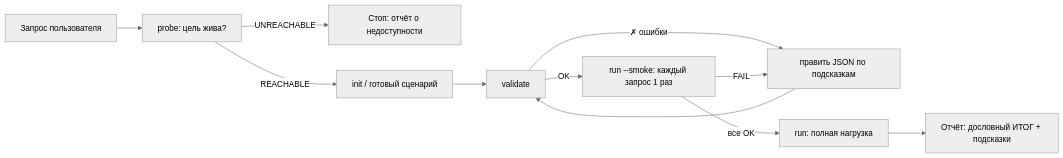
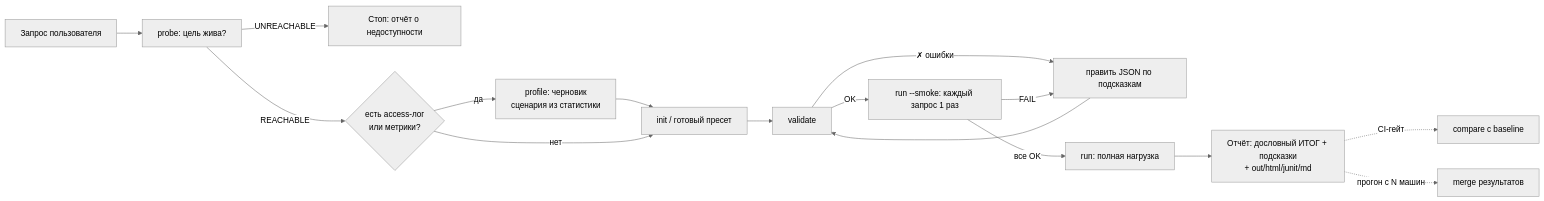
One commit to resgos/sber-dlmm-platform changed the diagram in load-agent/README.md. Above: the diagram before and after it, drawn with Mermaid (neutral theme). The commit also changed other lines of this file and 6 other files, not shown here.

````diff
--- a/load-agent/README.md
+++ b/load-agent/README.md
@@ -76,12 +100,16 @@
 ```mermaid
 flowchart LR
     A[Запрос пользователя] --> B[probe: цель жива?]
     B -- UNREACHABLE --> Z[Стоп: отчёт о недоступности]
-    B -- REACHABLE --> C[init / готовый сценарий]
+    B -- REACHABLE --> P{есть access-лог<br/>или метрики?}
+    P -- да --> P2[profile: черновик<br/>сценария из статистики] --> C
+    P -- нет --> C[init / готовый пресет]
     C --> D[validate]
     D -- ✗ ошибки --> C2[править JSON по подсказкам] --> D
     D -- OK --> E[run --smoke: каждый запрос 1 раз]
     E -- FAIL --> C2
     E -- все OK --> F[run: полная нагрузка]
-    F --> G[Отчёт: дословный ИТОГ + подсказки]
+    F --> G[Отчёт: дословный ИТОГ + подсказки<br/>+ out/html/junit/md]
+    G -. CI-гейт .-> H[compare с baseline]
+    G -. прогон с N машин .-> M[merge результатов]
 ```
````
